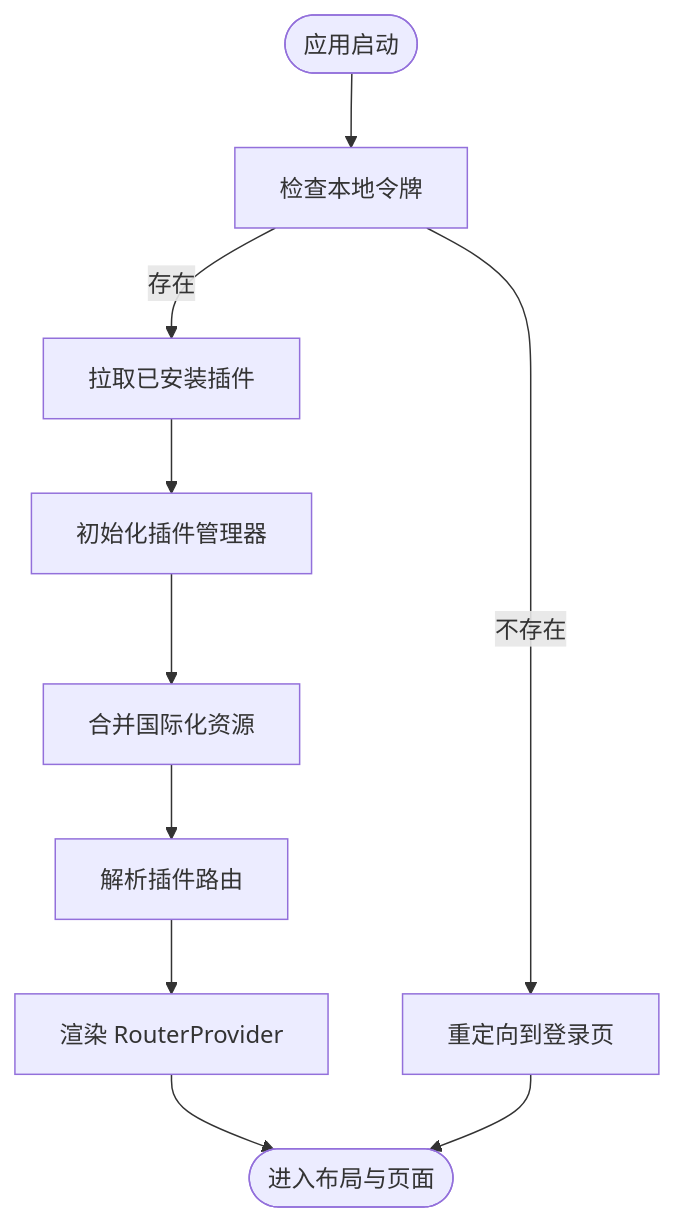
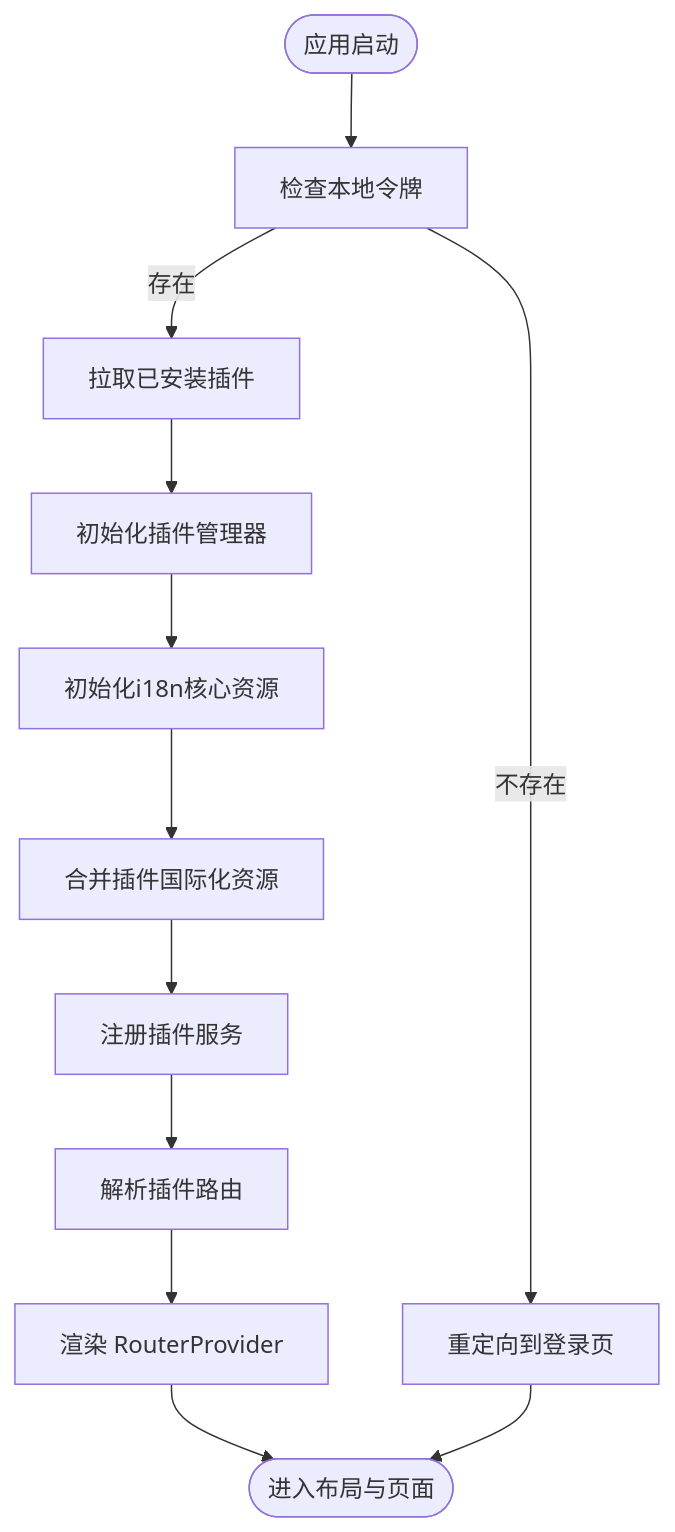
The fourth of 15 diagrams in .qoder/repowiki/zh/content/核心模块/核心模块.md (LRF0422/Kotion), drawn with Mermaid before and after one commit. The commit also changed other lines of this file and 75 other files, not shown here.

````diff
--- a/.qoder/repowiki/zh/content/核心模块/核心模块.md
+++ b/.qoder/repowiki/zh/content/核心模块/核心模块.md
@@ -242,12 +386,14 @@
 ```mermaid
 flowchart TD
 Start(["应用启动"]) --> CheckAuth["检查本地令牌"]
 CheckAuth --> |存在| LoadInstalled["拉取已安装插件"]
 CheckAuth --> |不存在| RedirectLogin["重定向到登录页"]
 LoadInstalled --> InitPM["初始化插件管理器"]
-InitPM --> MergeLocales["合并国际化资源"]
-MergeLocales --> BuildRoutes["解析插件路由"]
+InitPM --> InitI18n["初始化i18n核心资源"]
+InitI18n --> MergeLocales["合并插件国际化资源"]
+MergeLocales --> RegisterServices["注册插件服务"]
+RegisterServices --> BuildRoutes["解析插件路由"]
 BuildRoutes --> RenderRouter["渲染 RouterProvider"]
 RenderRouter --> End(["进入布局与页面"])
 RedirectLogin --> End
 ```
````
